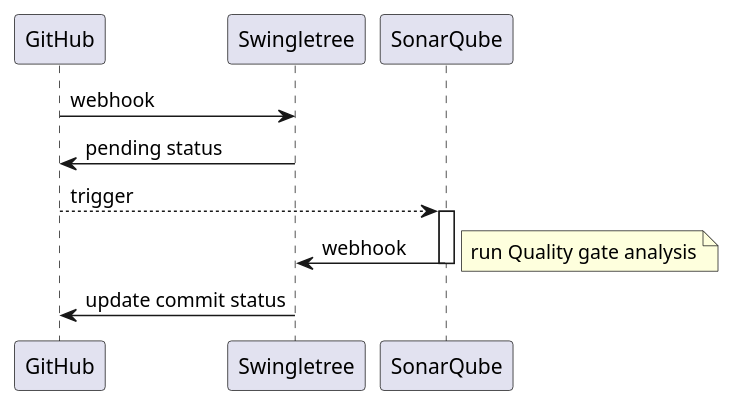
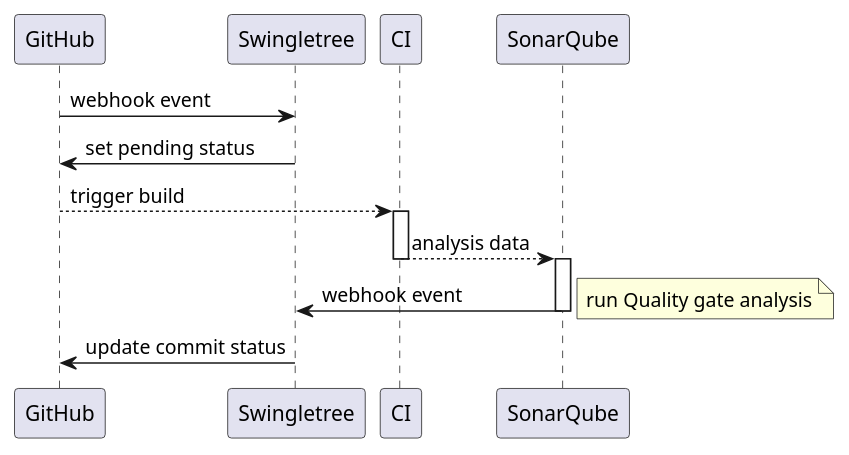
Before and after one commit to swingletree-oss/swingletree: the diagram in docs/activity-diagram.puml, drawn with PlantUML.

Commit message:
docs: improve swingletree flow diagram

```diff
--- a/docs/activity-diagram.puml
+++ b/docs/activity-diagram.puml
@@ -1,10 +1,13 @@
-@startuml
-  GitHub -> Swingletree : webhook
-  Swingletree -> GitHub : pending status
-  GitHub --> SonarQube : trigger
+@startuml Swingletree flow
+  GitHub -> Swingletree : webhook event
+  Swingletree -> GitHub : set pending status
+  GitHub --> CI : trigger build
+  activate CI
+  CI --> SonarQube: analysis data
+  deactivate CI
   activate SonarQube
-  SonarQube -> Swingletree : webhook
+  SonarQube -> Swingletree : webhook event
   note right: run Quality gate analysis
   deactivate SonarQube
   Swingletree -> GitHub : update commit status
 @enduml
```
